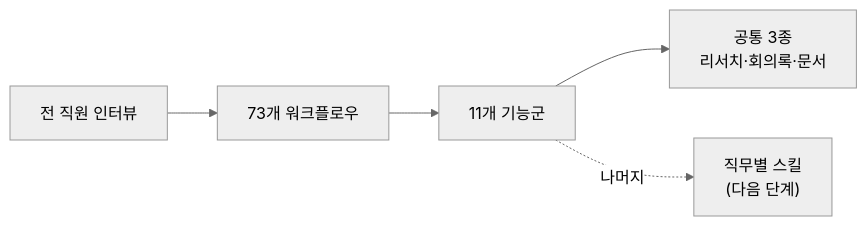
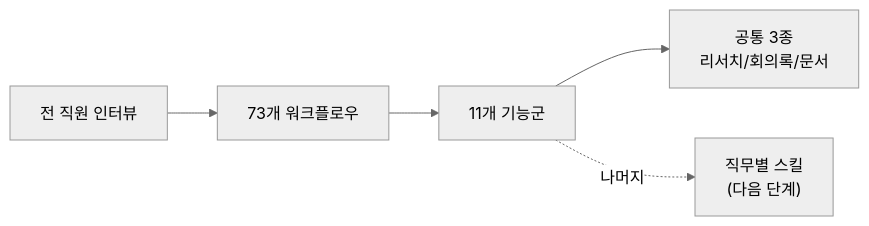
The second of 4 diagrams in src/content/posts/harness-10-common-skills.md (RJ-Stony/injoy), drawn with Mermaid (neutral theme) before and after one commit. The commit also changed other lines of this file and 1 other file, not shown here.

````diff
--- a/src/content/posts/harness-10-common-skills.md
+++ b/src/content/posts/harness-10-common-skills.md
@@ -84,7 +84,7 @@
 ```mermaid
 flowchart LR
     I["전 직원 인터뷰"] --> W["73개 워크플로우"]
     W --> G["11개 기능군"]
-    G --> T["공통 3종<br/>리서치·회의록·문서"]
+    G --> T["공통 3종<br/>리서치/회의록/문서"]
     G -.나머지.-> L["직무별 스킬<br/>(다음 단계)"]
 ```
````
